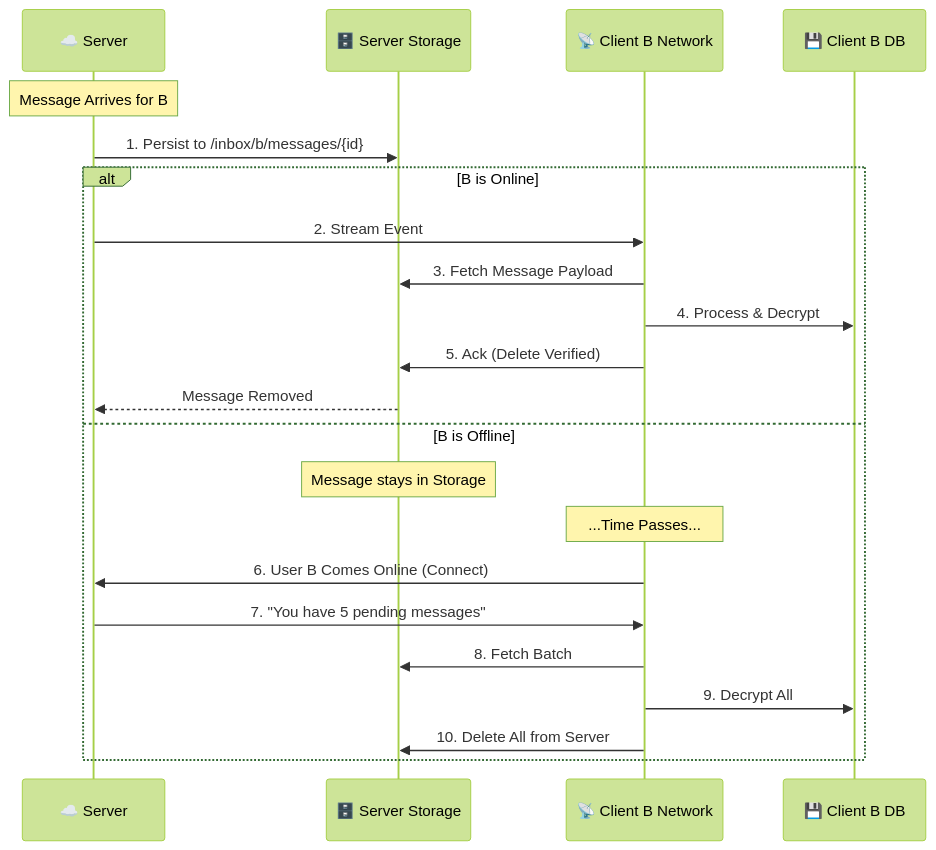
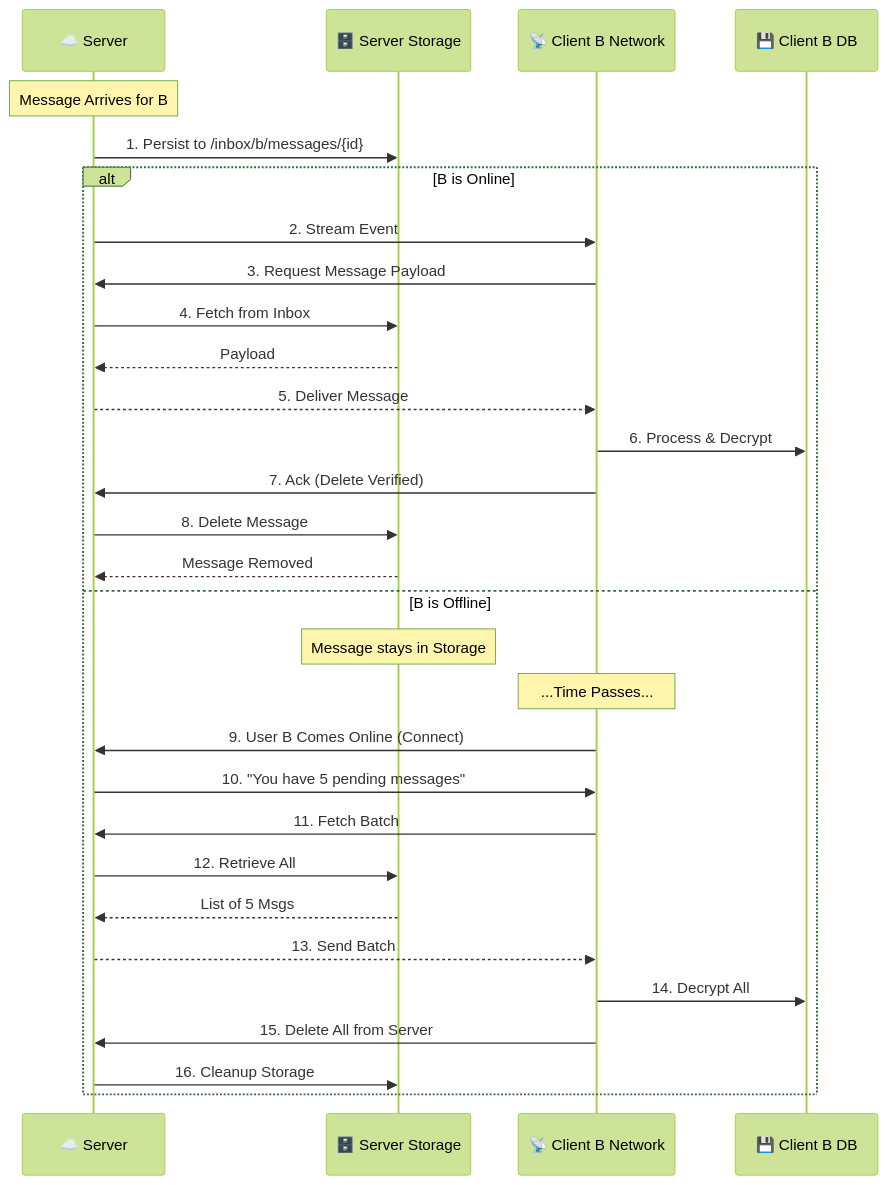
Before and after one commit to pingappduniya-oss/Ping-App-Complete-Use-Case-Flows-Technical-Deep-Dive-: the sixth of 18 diagrams in CompleteUseCaseFlows.md, drawn with Mermaid (forest theme). The commit also changed other lines of this file, not shown here.

````diff
--- a/CompleteUseCaseFlows.md
+++ b/CompleteUseCaseFlows.md
@@ -136,26 +136,34 @@
 ```mermaid
 sequenceDiagram
     participant Server as ☁️ Server
     participant SS as 🗄️ Server Storage
     participant CB_Net as 📡 Client B Network
     participant CB_DB as 💾 Client B DB
 
     Note over Server: Message Arrives for B
     Server->>SS: 1. Persist to /inbox/b/messages/{id}
     
     alt B is Online
         Server->>CB_Net: 2. Stream Event
-        CB_Net->>SS: 3. Fetch Message Payload
-        CB_Net->>CB_DB: 4. Process & Decrypt
-        CB_Net->>SS: 5. Ack (Delete Verified)
+        CB_Net->>Server: 3. Request Message Payload
+        Server->>SS: 4. Fetch from Inbox
+        SS-->>Server: Payload
+        Server-->>CB_Net: 5. Deliver Message
+        CB_Net->>CB_DB: 6. Process & Decrypt
+        CB_Net->>Server: 7. Ack (Delete Verified)
+        Server->>SS: 8. Delete Message
         SS-->>Server: Message Removed
     else B is Offline
         Note over SS: Message stays in Storage
         Note over CB_Net: ...Time Passes...
-        CB_Net->>Server: 6. User B Comes Online (Connect)
-        Server->>CB_Net: 7. "You have 5 pending messages"
-        CB_Net->>SS: 8. Fetch Batch
-        CB_Net->>CB_DB: 9. Decrypt All
-        CB_Net->>SS: 10. Delete All from Server
+        CB_Net->>Server: 9. User B Comes Online (Connect)
+        Server->>CB_Net: 10. "You have 5 pending messages"
+        CB_Net->>Server: 11. Fetch Batch
+        Server->>SS: 12. Retrieve All
+        SS-->>Server: List of 5 Msgs
+        Server-->>CB_Net: 13. Send Batch
+        CB_Net->>CB_DB: 14. Decrypt All
+        CB_Net->>Server: 15. Delete All from Server
+        Server->>SS: 16. Cleanup Storage
     end
 ```
````
